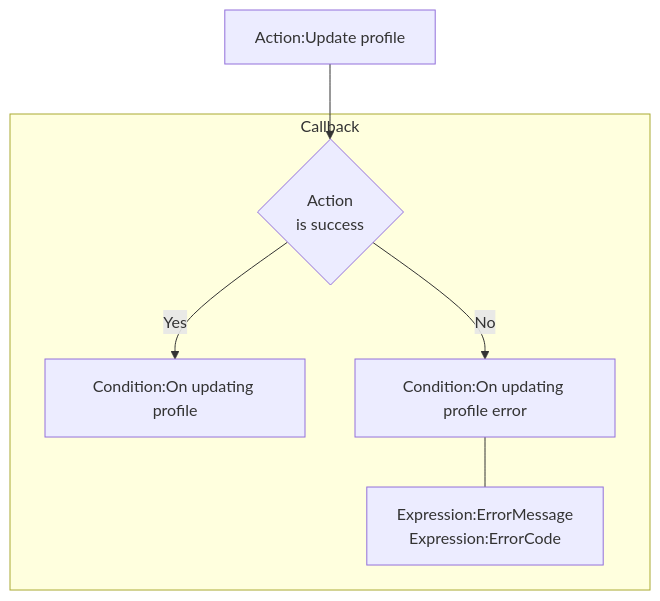
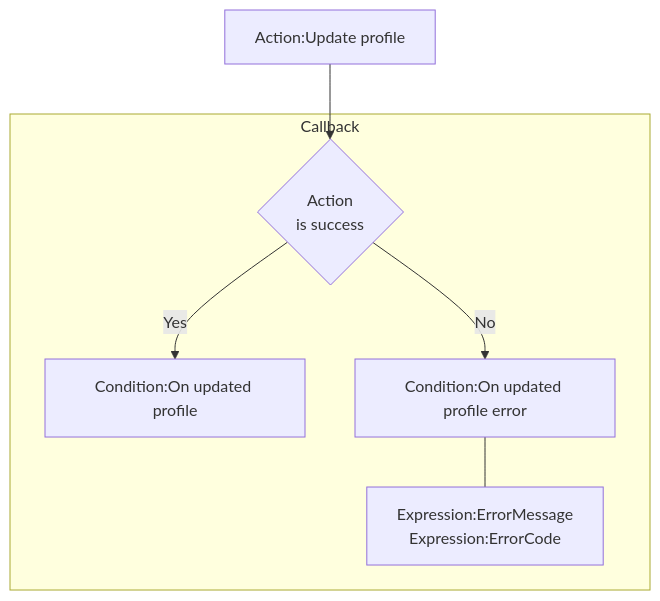
One commit to rexrainbow/C2RexDoc changed the sixth of 14 diagrams in plugins.md/rex_firebase_authentication.md. Above: the diagram before and after it, drawn with Mermaid. The commit also changed other lines of this file and 6 other files, not shown here.

````diff
--- a/plugins.md/rex_firebase_authentication.md
+++ b/plugins.md/rex_firebase_authentication.md
@@ -136,11 +136,11 @@
 ```mermaid
 graph TB
 
 ActCreateAccount["Action:Update profile"] --> ActionIsSuccess{Action<br>is success}
 
 subgraph Callback
-ActionIsSuccess --> |Yes| CondOnSuccess["Condition:On updating profile"]
-ActionIsSuccess --> |No| CondOnError["Condition:On updating profile error"]
+ActionIsSuccess --> |Yes| CondOnSuccess["Condition:On updated profile"]
+ActionIsSuccess --> |No| CondOnError["Condition:On updated profile error"]
 CondOnError --- ExpError["Expression:ErrorMessage<br>Expression:ErrorCode"]
 end
 ```
````
